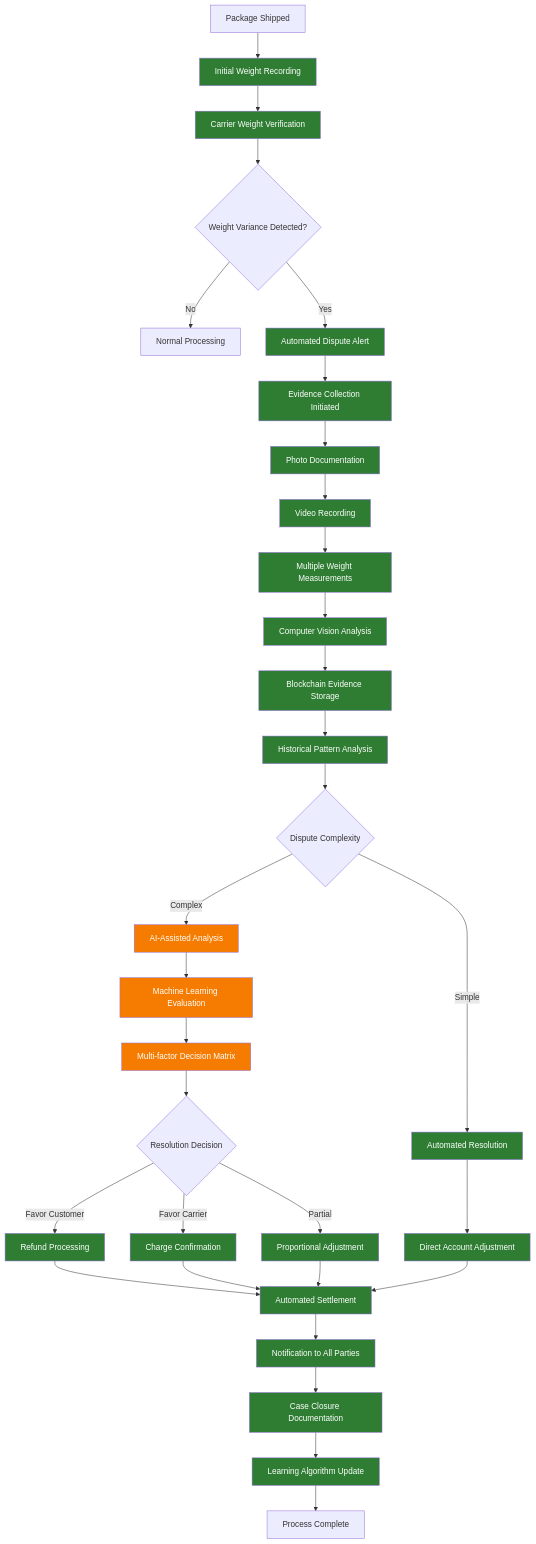
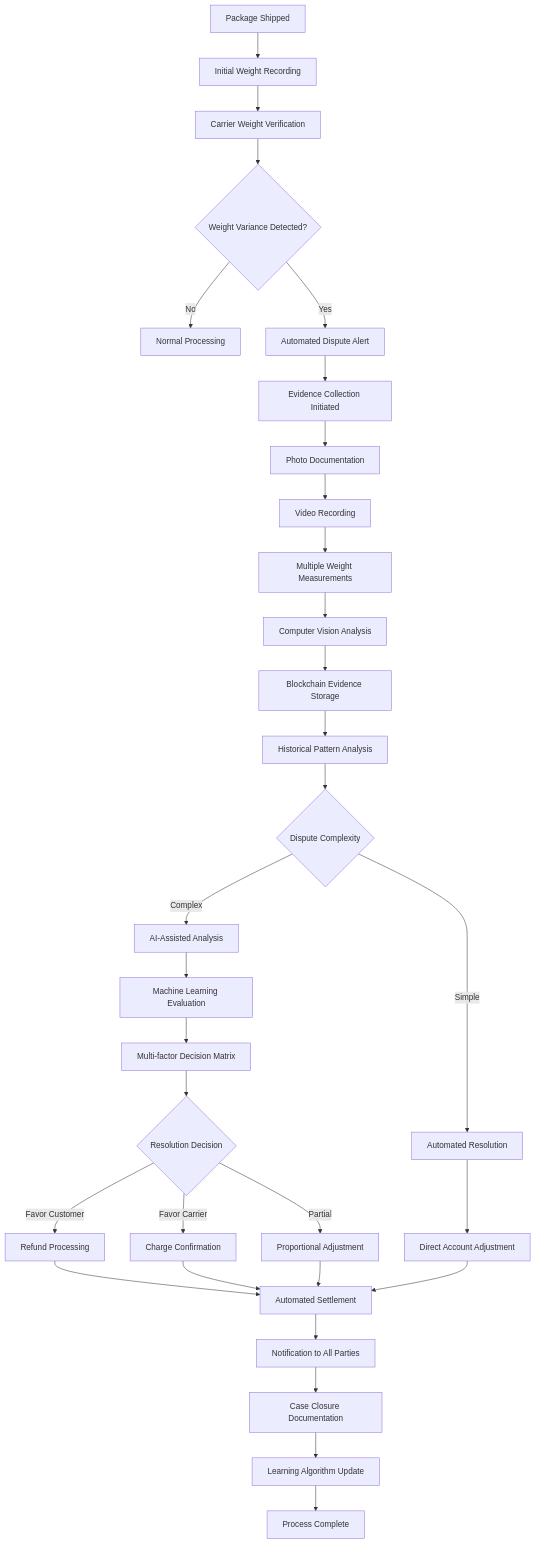
One commit to sandeepkumar0801/Digihub changed the sixth of 7 diagrams in DigiHub_Readme.md. Above: the diagram before and after it, drawn with Mermaid. The commit also changed other lines of this file, not shown here.

Commit message:
update style of diagrams

````diff
--- a/DigiHub_Readme.md
+++ b/DigiHub_Readme.md
@@ -939,65 +862,44 @@
 ```mermaid
 graph TD
     A[Package Shipped] --> B[Initial Weight Recording]
     B --> C[Carrier Weight Verification]
     C --> D{Weight Variance Detected?}
 
     D -->|No| E[Normal Processing]
     D -->|Yes| F[Automated Dispute Alert]
 
     F --> G[Evidence Collection Initiated]
     G --> H[Photo Documentation]
     H --> I[Video Recording]
     I --> J[Multiple Weight Measurements]
 
     J --> K[Computer Vision Analysis]
     K --> L[Blockchain Evidence Storage]
     L --> M[Historical Pattern Analysis]
 
     M --> N{Dispute Complexity}
     N -->|Simple| O[Automated Resolution]
     N -->|Complex| P[AI-Assisted Analysis]
 
     O --> Q[Direct Account Adjustment]
     P --> R[Machine Learning Evaluation]
     R --> S[Multi-factor Decision Matrix]
     S --> T{Resolution Decision}
 
     T -->|Favor Customer| U[Refund Processing]
     T -->|Favor Carrier| V[Charge Confirmation]
     T -->|Partial| W[Proportional Adjustment]
 
     U --> X[Automated Settlement]
     V --> X
     W --> X
     Q --> X
 
     X --> Y[Notification to All Parties]
     Y --> Z[Case Closure Documentation]
     Z --> AA[Learning Algorithm Update]
 
     AA --> BB[Process Complete]
 
-    style B fill:#2E7D32,color:#FFFFFF
-    style C fill:#2E7D32,color:#FFFFFF
-    style F fill:#2E7D32,color:#FFFFFF
-    style G fill:#2E7D32,color:#FFFFFF
-    style H fill:#2E7D32,color:#FFFFFF
-    style I fill:#2E7D32,color:#FFFFFF
-    style J fill:#2E7D32,color:#FFFFFF
-    style K fill:#2E7D32,color:#FFFFFF
-    style L fill:#2E7D32,color:#FFFFFF
-    style M fill:#2E7D32,color:#FFFFFF
-    style O fill:#2E7D32,color:#FFFFFF
-    style Q fill:#2E7D32,color:#FFFFFF
-    style U fill:#2E7D32,color:#FFFFFF
-    style V fill:#2E7D32,color:#FFFFFF
-    style W fill:#2E7D32,color:#FFFFFF
-    style X fill:#2E7D32,color:#FFFFFF
-    style Y fill:#2E7D32,color:#FFFFFF
-    style Z fill:#2E7D32,color:#FFFFFF
-    style AA fill:#2E7D32,color:#FFFFFF
-    style P fill:#F57C00,color:#FFFFFF
-    style R fill:#F57C00,color:#FFFFFF
-    style S fill:#F57C00,color:#FFFFFF
+
 ```
````
